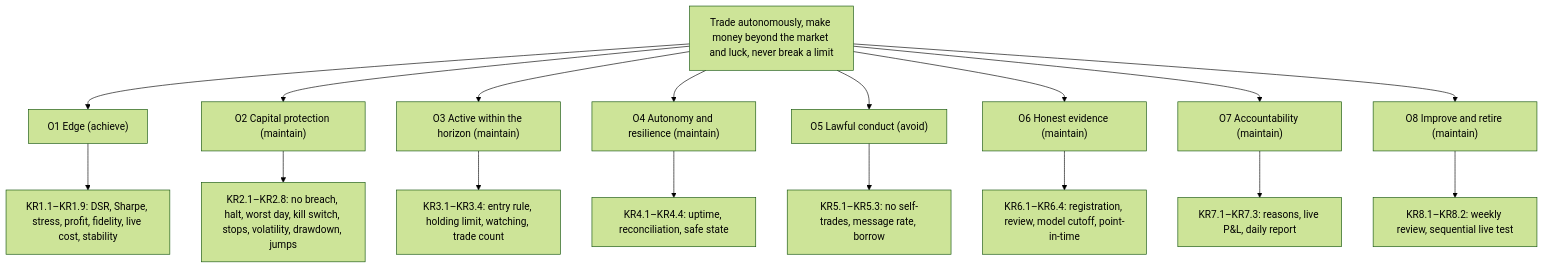
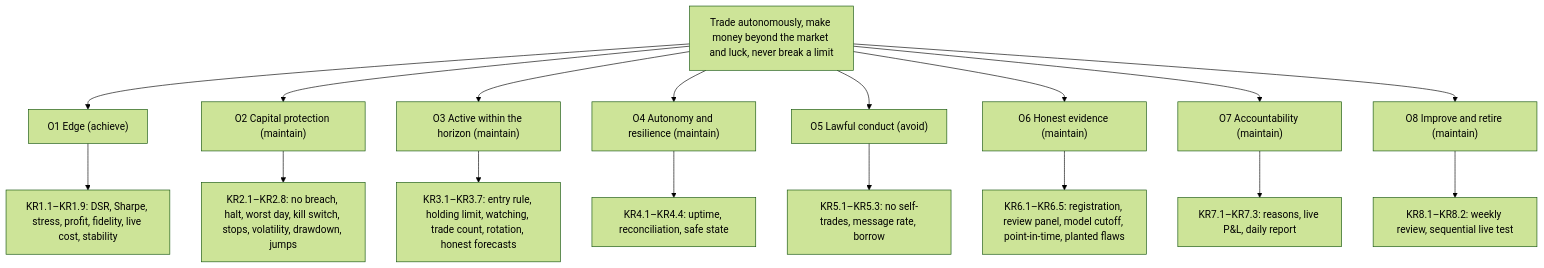
The diagram in trading/goal/GOAL.md (Space-Trucker/AIresume), drawn with Mermaid (forest theme) before and after one commit. The commit also changed other lines of this file and 14 other files, not shown here.

````diff
--- a/trading/goal/GOAL.md
+++ b/trading/goal/GOAL.md
@@ -320,20 +377,20 @@
 ```mermaid
 flowchart TD
   G["Trade autonomously, make money beyond the market and luck, never break a limit"]
   G --> O1["O1 Edge (achieve)"]
   G --> O2["O2 Capital protection (maintain)"]
   G --> O3["O3 Active within the horizon (maintain)"]
   G --> O4["O4 Autonomy and resilience (maintain)"]
   G --> O5["O5 Lawful conduct (avoid)"]
   G --> O6["O6 Honest evidence (maintain)"]
   G --> O7["O7 Accountability (maintain)"]
   G --> O8["O8 Improve and retire (maintain)"]
   O1 --> K1["KR1.1–KR1.9: DSR, Sharpe, stress, profit, fidelity, live cost, stability"]
   O2 --> K2["KR2.1–KR2.8: no breach, halt, worst day, kill switch, stops, volatility, drawdown, jumps"]
-  O3 --> K3["KR3.1–KR3.4: entry rule, holding limit, watching, trade count"]
+  O3 --> K3["KR3.1–KR3.7: entry rule, holding limit, watching, trade count, rotation, honest forecasts"]
   O4 --> K4["KR4.1–KR4.4: uptime, reconciliation, safe state"]
   O5 --> K5["KR5.1–KR5.3: no self-trades, message rate, borrow"]
-  O6 --> K6["KR6.1–KR6.4: registration, review, model cutoff, point-in-time"]
+  O6 --> K6["KR6.1–KR6.5: registration, review panel, model cutoff, point-in-time, planted flaws"]
   O7 --> K7["KR7.1–KR7.3: reasons, live P&L, daily report"]
   O8 --> K8["KR8.1–KR8.2: weekly review, sequential live test"]
 ```
````
